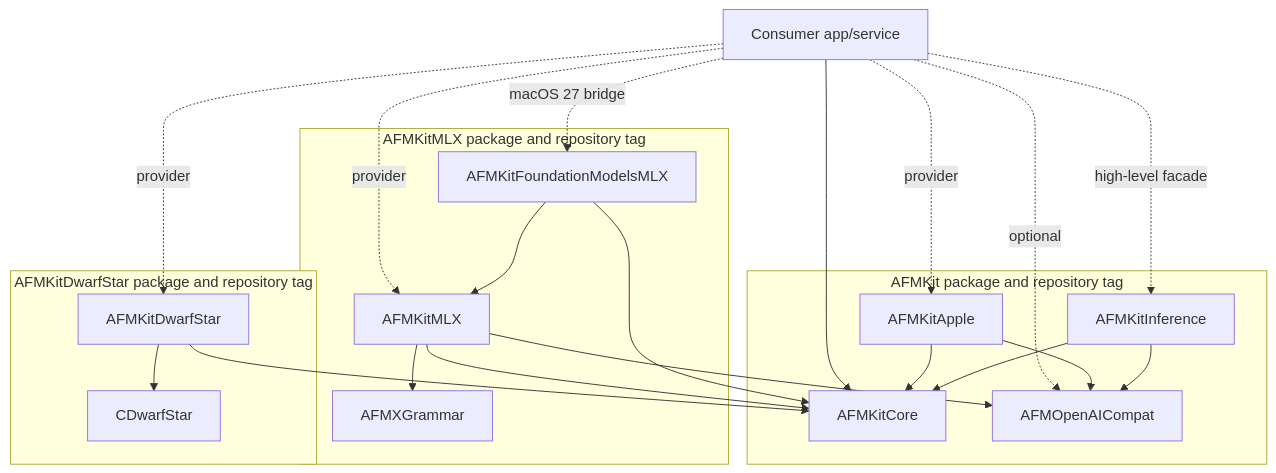
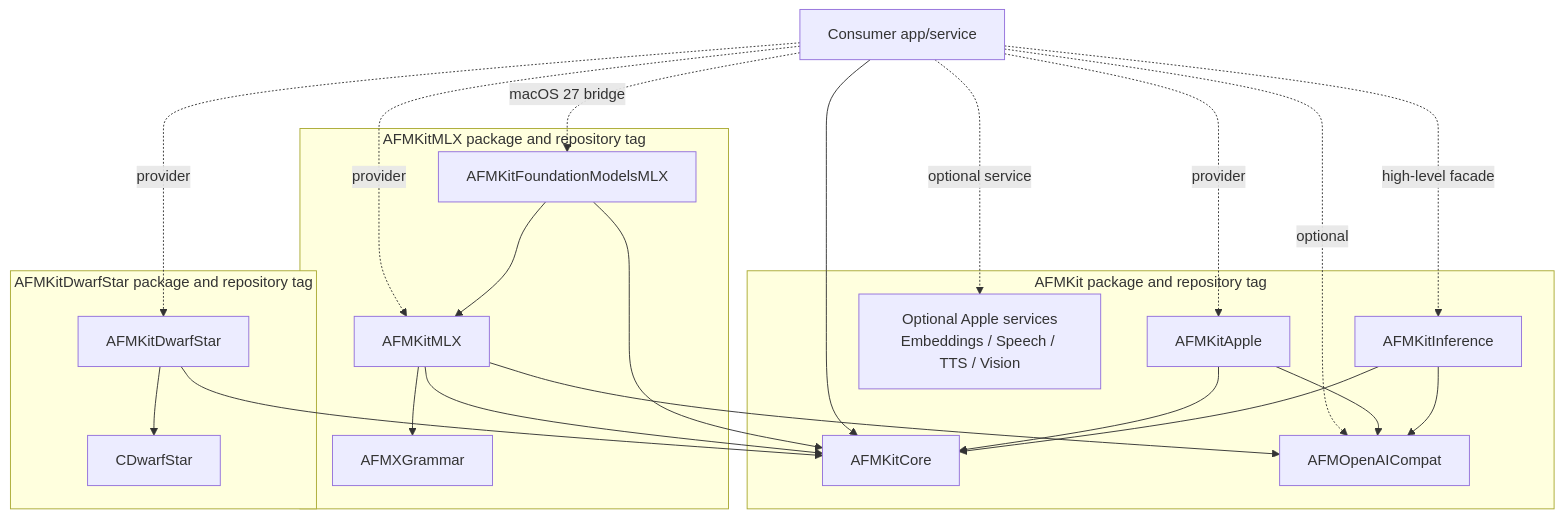
Before and after one commit to scouzi1966/AFMKit: the first of 3 diagrams in Architecture/02-containers-and-modules.md, drawn with Mermaid. The commit also changed other lines of this file and 33 other files, not shown here.

Commit message:
Add optional Apple service products

````diff
--- a/Architecture/02-containers-and-modules.md
+++ b/Architecture/02-containers-and-modules.md
@@ -5,38 +5,40 @@
 ```mermaid
 flowchart TD
     App["Consumer app/service"]
     subgraph Public["AFMKit package and repository tag"]
         Core["AFMKitCore"]
         OAI["AFMOpenAICompat"]
         Inference["AFMKitInference"]
+        Services["Optional Apple services\nEmbeddings / Speech / TTS / Vision"]
         Apple["AFMKitApple"]
     end
     subgraph Dwarf["AFMKitDwarfStar package and repository tag"]
         DS["AFMKitDwarfStar"]
         CDS["CDwarfStar"]
     end
     subgraph PrivateMLX["AFMKitMLX package and repository tag"]
         MLX["AFMKitMLX"]
         FMMLX["AFMKitFoundationModelsMLX"]
         CGram["AFMXGrammar"]
     end
 
     App --> Core
     App -. optional .-> OAI
     App -. high-level facade .-> Inference
+    App -. optional service .-> Services
     App -. provider .-> Apple
     App -. provider .-> MLX
     App -. provider .-> DS
     App -. macOS 27 bridge .-> FMMLX
     Apple --> Core
     Apple --> OAI
     Inference --> Core
     Inference --> OAI
     MLX --> Core
     MLX --> OAI
     MLX --> CGram
     FMMLX --> Core
     FMMLX --> MLX
     DS --> Core
     DS --> CDS
 ```
````
